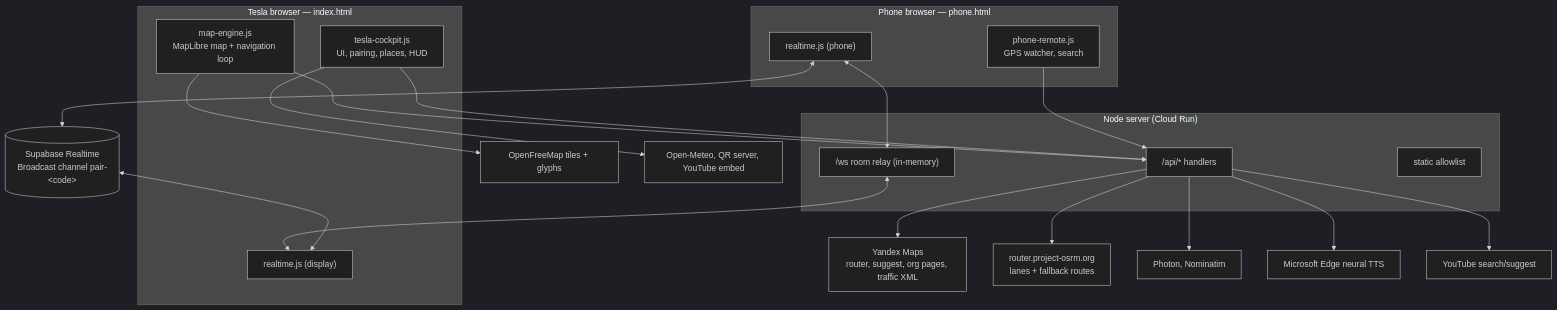
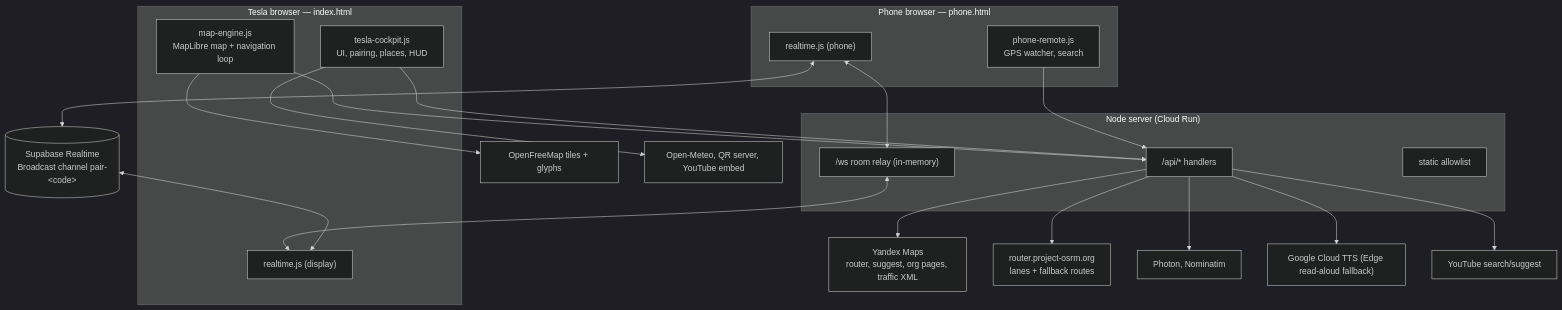
The first of 4 diagrams in docs/ARCHITECTURE.md (stepanssmbatyan94/tesla-navi), drawn with Mermaid (dark theme) before and after one commit. The commit also changed other lines of this file and 3 other files, not shown here.

Commit message:
docs: Google Cloud TTS for ru/en voices

````diff
--- a/docs/ARCHITECTURE.md
+++ b/docs/ARCHITECTURE.md
@@ -15,30 +15,30 @@
 ```mermaid
 flowchart TB
   subgraph Car["Tesla browser — index.html"]
     UI["tesla-cockpit.js<br/>UI, pairing, places, HUD"]
     ENG["map-engine.js<br/>MapLibre map + navigation loop"]
     RTc["realtime.js (display)"]
   end
   subgraph Phone["Phone browser — phone.html"]
     PR["phone-remote.js<br/>GPS watcher, search"]
     RTp["realtime.js (phone)"]
   end
   subgraph Server["Node server (Cloud Run)"]
     API["/api/* handlers"]
     WS["/ws room relay (in-memory)"]
     STATIC["static allowlist"]
   end
   SB[("Supabase Realtime<br/>Broadcast channel pair-&lt;code&gt;")]
   RTp <--> SB <--> RTc
   RTp <--> WS <--> RTc
   UI --> API
   ENG --> API
   PR --> API
   API --> YR["Yandex Maps<br/>router, suggest, org pages, traffic XML"]
   API --> OSRM["router.project-osrm.org<br/>lanes + fallback routes"]
   API --> GEO["Photon, Nominatim"]
-  API --> TTS["Microsoft Edge neural TTS"]
+  API --> TTS["Google Cloud TTS (Edge read-aloud fallback)"]
   API --> YT["YouTube search/suggest"]
   ENG --> TILES["OpenFreeMap tiles + glyphs"]
   UI --> OM["Open-Meteo, QR server, YouTube embed"]
 ```
````
